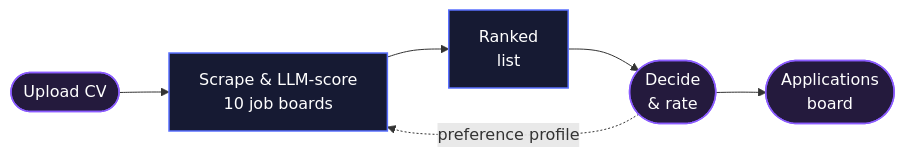
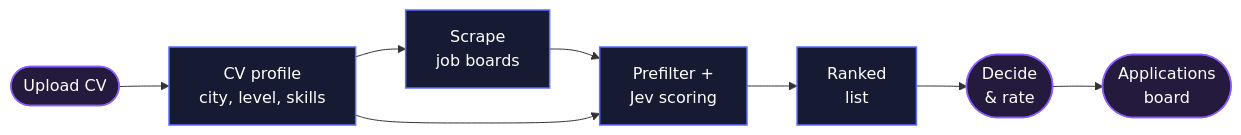
One commit to albmoss/job-finder changed the diagram in README.md. Above: the diagram before and after it, drawn with Mermaid. The commit also changed other lines of this file and 61 other files, not shown here.

````diff
--- a/README.md
+++ b/README.md
@@ -31,13 +31,15 @@
 ```mermaid
 flowchart LR
-    cv(["Upload CV"]) --> run["Scrape & LLM-score<br/>10 job boards"]
-    run --> list["Ranked<br/>list"]
+    cv(["Upload CV"]) --> profile["CV profile<br/>city, level, skills"]
+    profile --> run["Scrape<br/>job boards"]
+    run --> match["Prefilter +<br/>Jev scoring"]
+    profile --> match
+    match --> list["Ranked<br/>list"]
     list --> me(["Decide<br/>& rate"])
     me --> apps(["Applications<br/>board"])
-    me -. "preference profile" .-> run
 
     classDef step fill:#161a33,stroke:#5A70FF,stroke-width:1.5px,color:#ffffff
     classDef me fill:#241a3d,stroke:#8B5CFF,stroke-width:1.5px,color:#ffffff
-    class run,list step
+    class profile,run,match,list step
     class cv,me,apps me
 ```
````
